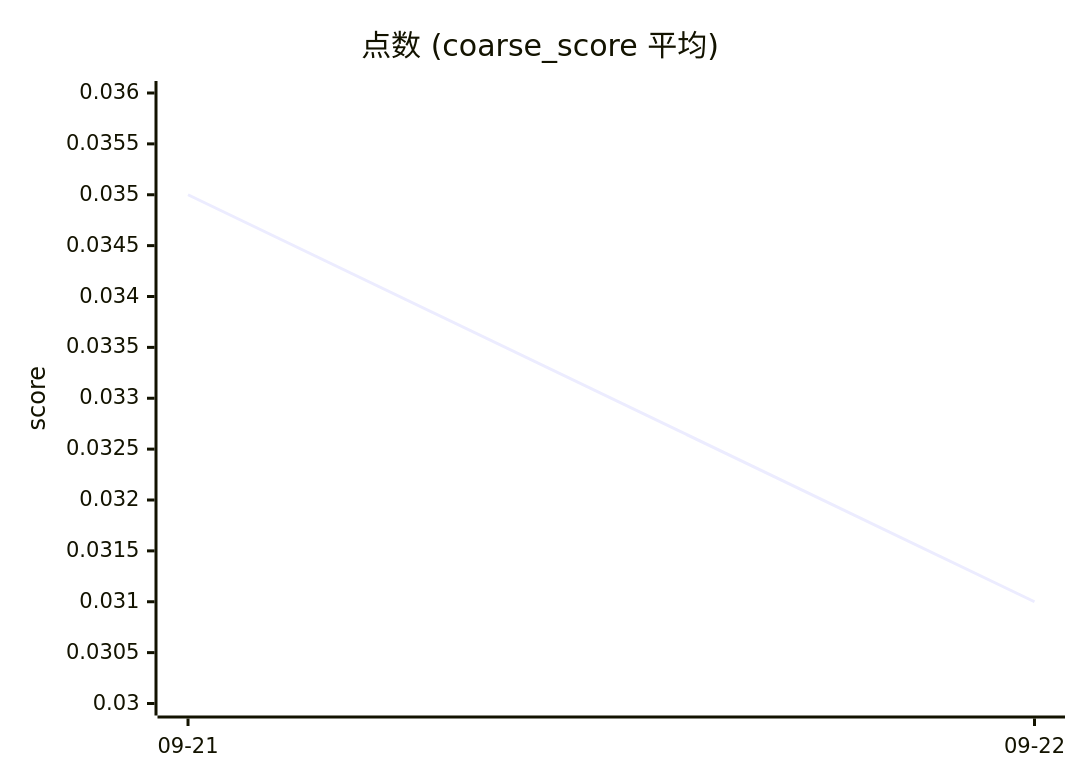
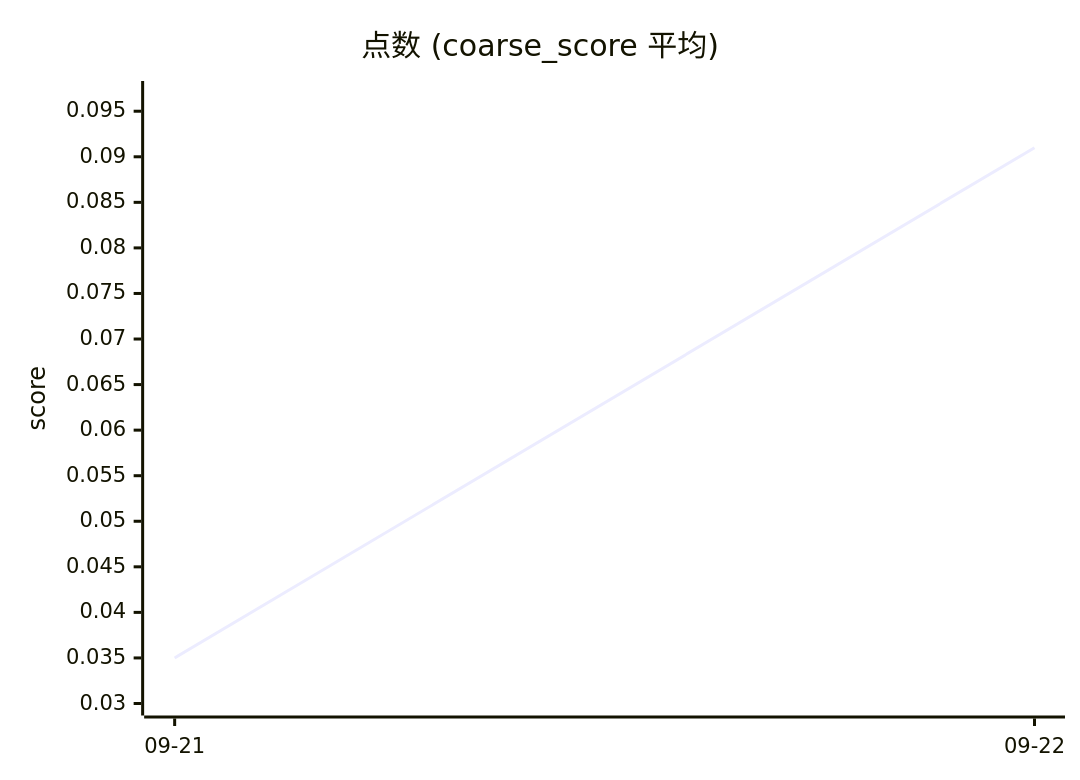
One commit to uzak0209/AI-Research changed the second of 3 diagrams in docs/metrics-trend.md. Above: the diagram before and after it, drawn with Mermaid. The commit also changed other lines of this file and 3 other files, not shown here.

````diff
--- a/docs/metrics-trend.md
+++ b/docs/metrics-trend.md
@@ -59,7 +59,7 @@
 ```mermaid
 xychart-beta
     title "点数 (coarse_score 平均)"
     x-axis ["09-21", "09-22"]
-    y-axis "score" 0.030 --> 0.036
-    line [0.035, 0.031]
+    y-axis "score" 0.030 --> 0.097
+    line [0.035, 0.091]
 ```
````
